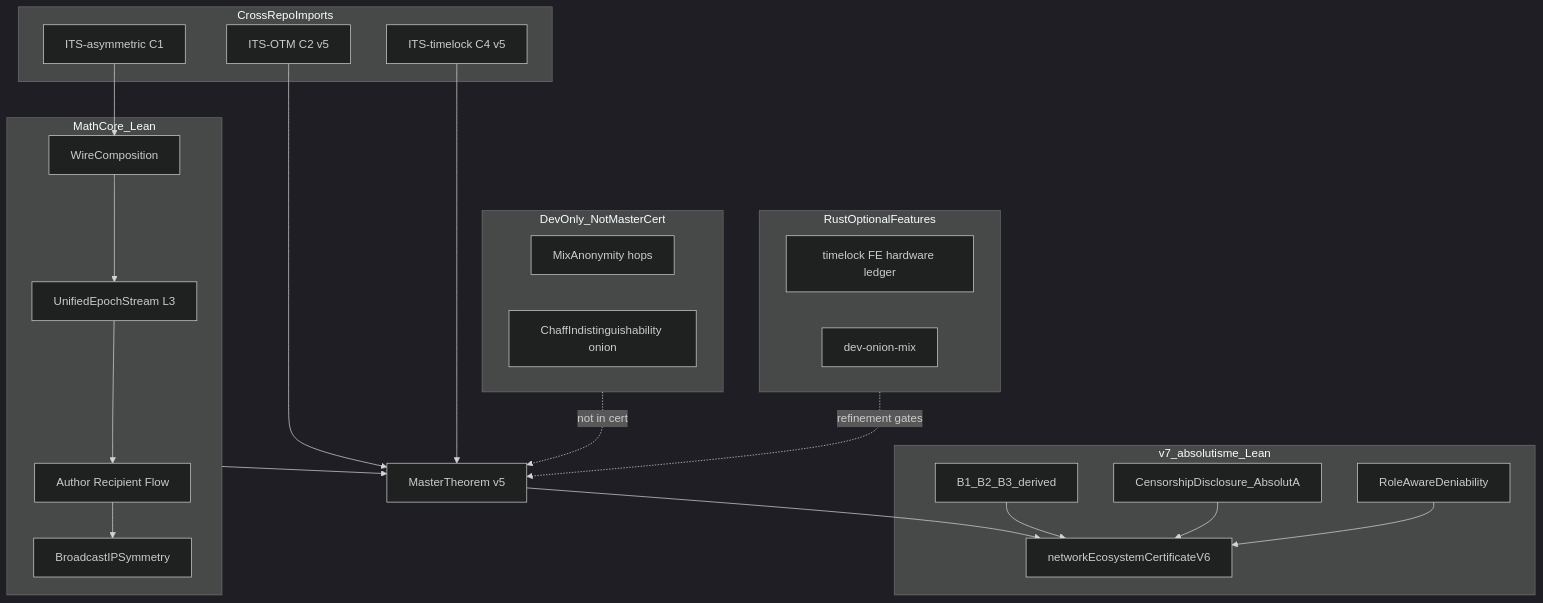
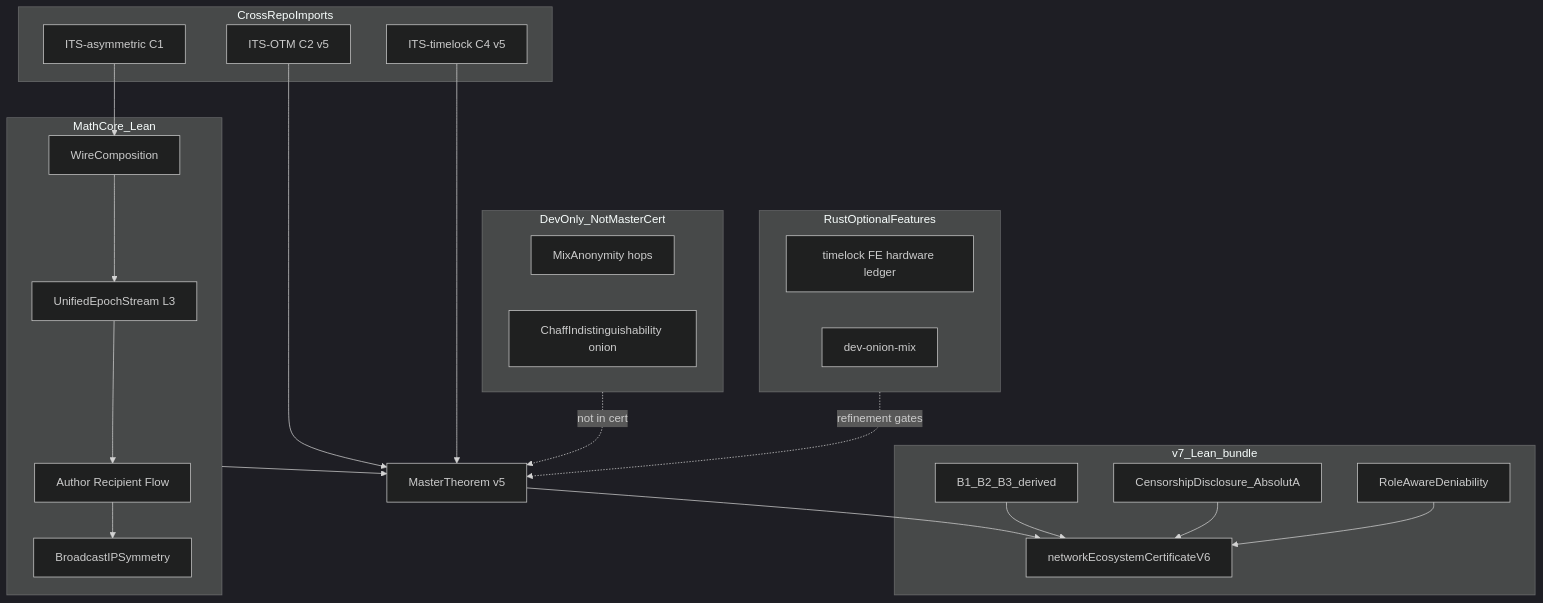
One commit to 0x1F980/ITS-ROUTING changed the diagram in ITS-routing_MATHEMATICAL_CORE.md. Above: the diagram before and after it, drawn with Mermaid (dark theme). The commit also changed other lines of this file and 18 other files, not shown here.

````diff
--- a/ITS-routing_MATHEMATICAL_CORE.md
+++ b/ITS-routing_MATHEMATICAL_CORE.md
@@ -835,41 +919,41 @@
 ```mermaid
 flowchart TB
   subgraph mathCore [MathCore_Lean]
     UES["UnifiedEpochStream L3"]
     Attr["Author Recipient Flow"]
     BIS["BroadcastIPSymmetry"]
     Wire["WireComposition"]
   end
   subgraph imports [CrossRepoImports]
     ASY["ITS-asymmetric C1"]
     OTM["ITS-OTM C2 v5"]
     TL["ITS-timelock C4 v5"]
   end
   subgraph devOnly [DevOnly_NotMasterCert]
     Mix["MixAnonymity hops"]
     Chaff["ChaffIndistinguishability onion"]
   end
   subgraph rust [RustOptionalFeatures]
     Ridges["timelock FE hardware ledger"]
     DevOnion["dev-onion-mix"]
   end
   ASY --> Wire
   Wire --> UES
   UES --> Attr
   Attr --> BIS
-  subgraph v7 [v7_absolutisme_Lean]
+  subgraph v7 [v7_Lean_bundle]
     BISfull[B1_B2_B3_derived]
     AbsA[CensorshipDisclosure_AbsolutA]
     Roles[RoleAwareDeniability]
     U6[networkEcosystemCertificateV6]
   end
   OTM --> Master["MasterTheorem v5"]
   TL --> Master
   mathCore --> Master
   Master --> U6
   BISfull --> U6
   AbsA --> U6
   Roles --> U6
   devOnly -.->|"not in cert"| Master
   rust -.->|"refinement gates"| Master
 ```
````
